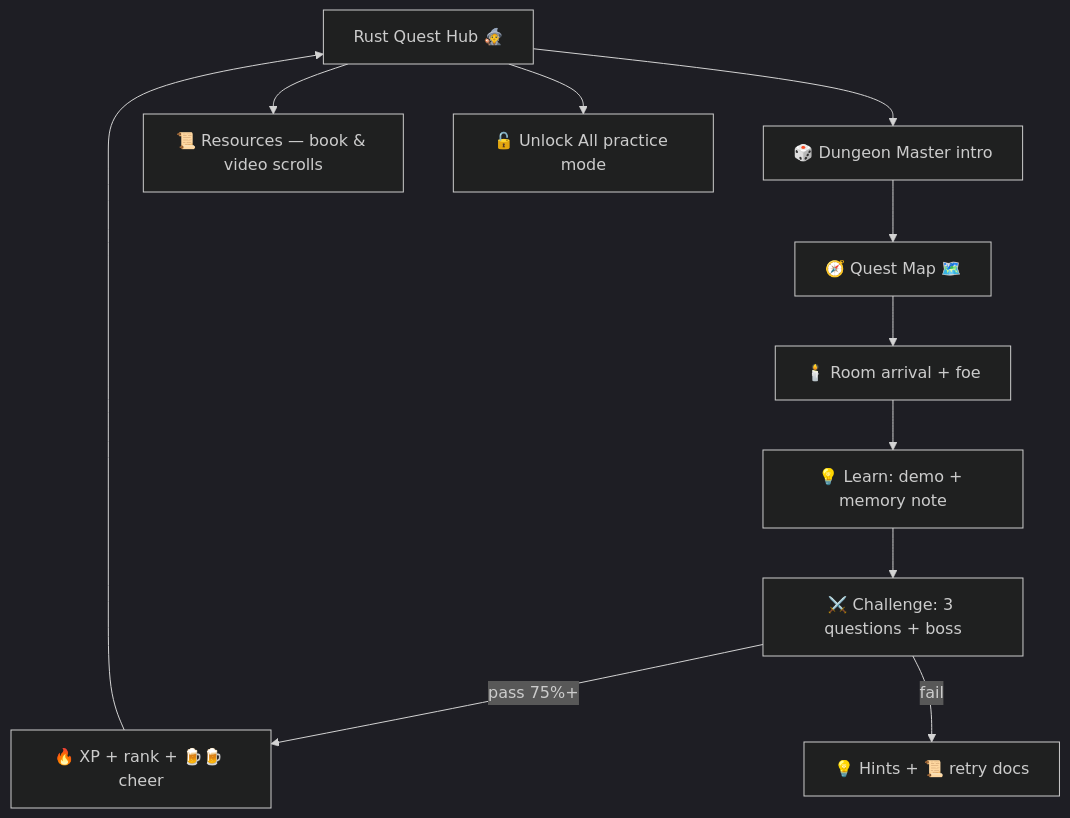
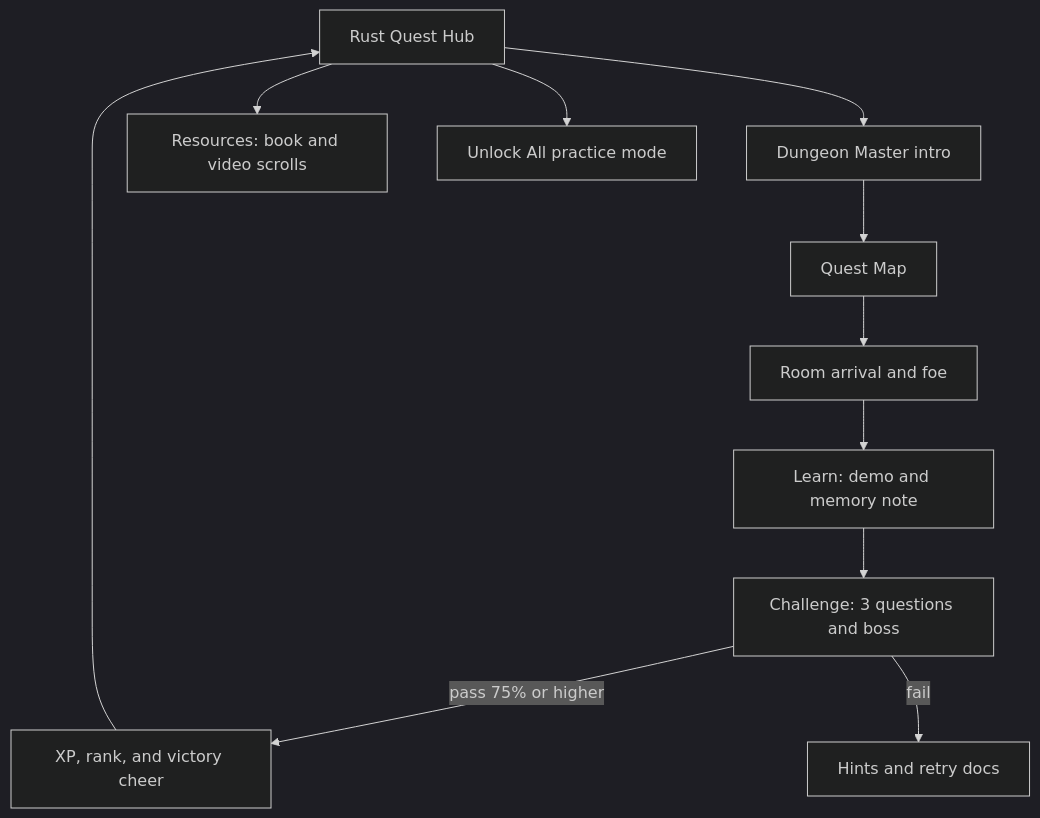
The first of 2 diagrams in README.md (EazyTom/rust-quest), drawn with Mermaid (dark theme) before and after one commit. The commit also changed other lines of this file, not shown here.

Commit message:
mermaid fix

````diff
--- a/README.md
+++ b/README.md
@@ -51,13 +51,24 @@
 ```mermaid
 flowchart TD
-    Hub[Rust Quest Hub 🧙] --> DM[🎲 Dungeon Master intro]
-    DM --> Map[🧭 Quest Map 🗺️]
-    Map --> Room[🕯️ Room arrival + foe]
-    Room --> Learn[💡 Learn: demo + memory note]
-    Learn --> Challenge[⚔️ Challenge: 3 questions + boss]
-    Challenge -->|pass 75%+| Reward[🔥 XP + rank + 🍺🍺 cheer]
-    Challenge -->|fail| Hint[💡 Hints + 📜 retry docs]
+    Hub["Rust Quest Hub"]
+    DM["Dungeon Master intro"]
+    Map["Quest Map"]
+    Room["Room arrival and foe"]
+    Learn["Learn: demo and memory note"]
+    Challenge["Challenge: 3 questions and boss"]
+    Reward["XP, rank, and victory cheer"]
+    Hint["Hints and retry docs"]
+    Resources["Resources: book and video scrolls"]
+    Practice["Unlock All practice mode"]
+
+    Hub --> DM
+    DM --> Map
+    Map --> Room
+    Room --> Learn
+    Learn --> Challenge
+    Challenge -->|"pass 75% or higher"| Reward
+    Challenge -->|fail| Hint
     Reward --> Hub
-    Hub --> Resources[📜 Resources — book & video scrolls]
-    Hub --> Practice[🔓 Unlock All practice mode]
+    Hub --> Resources
+    Hub --> Practice
 ```
````
